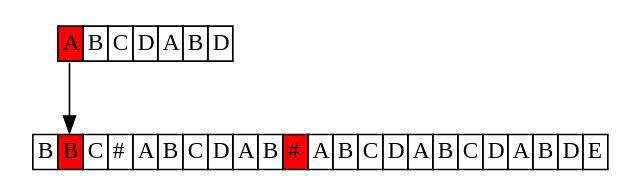
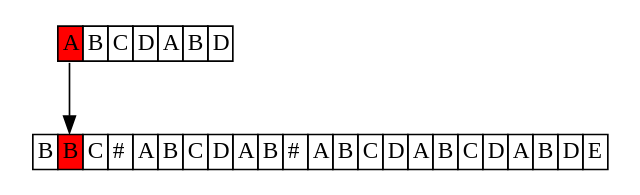
The diagram in algo/classic/kmp/phase_2.dot (harrifeng/org_dot), drawn with Graphviz before and after one commit. The commit also changed 1 other file, not shown here.

Commit message:
no red for sharp

```diff
--- a/algo/classic/kmp/phase_2.dot
+++ b/algo/classic/kmp/phase_2.dot
@@ -1,46 +1,46 @@
 digraph g {
     node [fontname="Monaco, Consolas",shape =plaintext,height=.1];
     node_t [label = <
     <TABLE BORDER="0" CELLBORDER="1" CELLSPACING="0">
     <TR>
     <TD PORT="f0">B</TD>
     <TD PORT="f1" bgcolor="red">B</TD>
     <TD PORT="f2">C</TD>
     <TD PORT="f3">#</TD>
     <TD PORT="f4">A</TD>
     <TD PORT="f5">B</TD>
     <TD PORT="f6">C</TD>
     <TD PORT="f7">D</TD>
     <TD PORT="f8">A</TD>
     <TD PORT="f9">B</TD>
-    <TD PORT="f10" bgcolor="red">#</TD>
+    <TD PORT="f10">#</TD>
     <TD PORT="f11">A</TD>
     <TD PORT="f12">B</TD>
     <TD PORT="f13">C</TD>
     <TD PORT="f14">D</TD>
     <TD PORT="f15">A</TD>
     <TD PORT="f16">B</TD>
     <TD PORT="f17">C</TD>
     <TD PORT="f18">D</TD>
     <TD PORT="f19">A</TD>
     <TD PORT="f20">B</TD>
     <TD PORT="f21">D</TD>
     <TD PORT="f22">E</TD>
     </TR>
     </TABLE>>];
 
     node_s [label = <
     <TABLE BORDER="0" CELLBORDER="1" CELLSPACING="0">
     <TR>
     <TD PORT="f0" bgcolor="red">A</TD>
     <TD PORT="f1">B</TD>
     <TD PORT="f2">C</TD>
     <TD PORT="f3">D</TD>
     <TD PORT="f4">A</TD>
     <TD PORT="f5">B</TD>
     <TD PORT="f6">D</TD>
     </TR>
     </TABLE>>];
 
     "node_s":f0 -> "node_t":f1
 }
```
